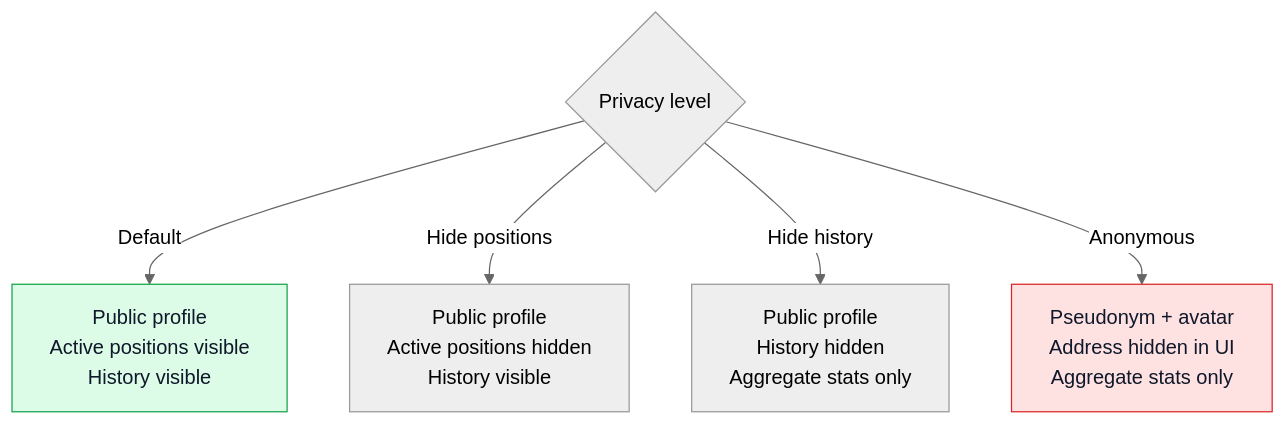
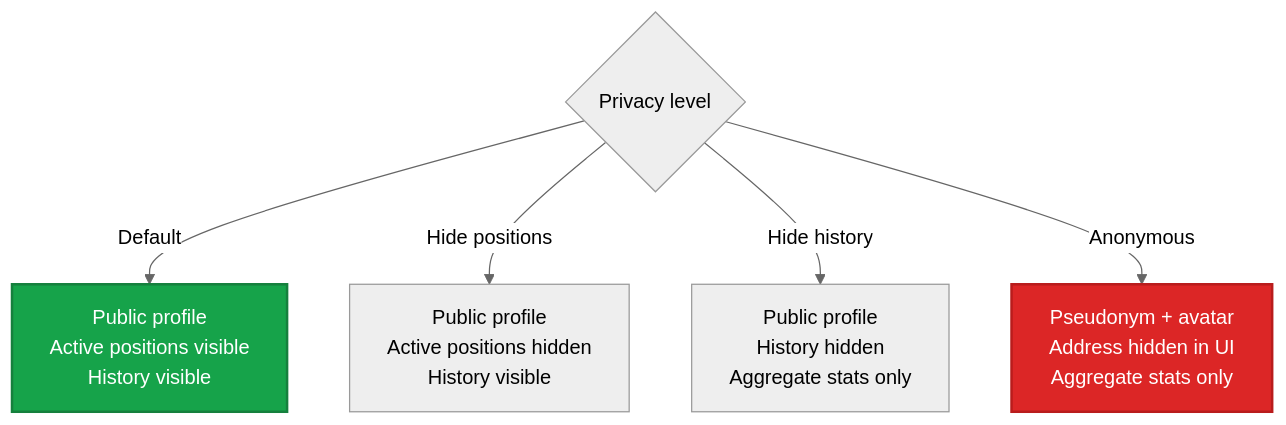
Before and after one commit to PrediX-Protocol/predix-docs: the second of 2 diagrams in vi_v6/tai-nguyen/settings-i18n.md, drawn with Mermaid (neutral theme). The commit also changed other lines of this file and 32 other files, not shown here.

First line of the commit message:
docs(vi_v6): redesign Mermaid theme — solid mid-tone palette + dark theme

````diff
--- a/vi_v6/tai-nguyen/settings-i18n.md
+++ b/vi_v6/tai-nguyen/settings-i18n.md
@@ -119,13 +120,13 @@
 ```mermaid
 flowchart TD
     Setting{Privacy level}
     Setting -->|Default| Public[Public profile<br/>Active positions visible<br/>History visible]
     Setting -->|Hide positions| HP[Public profile<br/>Active positions hidden<br/>History visible]
     Setting -->|Hide history| HH[Public profile<br/>History hidden<br/>Aggregate stats only]
     Setting -->|Anonymous| Anon[Pseudonym + avatar<br/>Address hidden in UI<br/>Aggregate stats only]
 
-    classDef strict fill:#fee2e2,stroke:#dc2626,color:#0f172a
-    classDef relaxed fill:#dcfce7,stroke:#16a34a,color:#0f172a
+    classDef strict fill:#dc2626,stroke:#b91c1c,color:#fff,stroke-width:2px
+    classDef relaxed fill:#16a34a,stroke:#15803d,color:#fff,stroke-width:2px
     class Public relaxed
     class Anon strict
 ```
````
